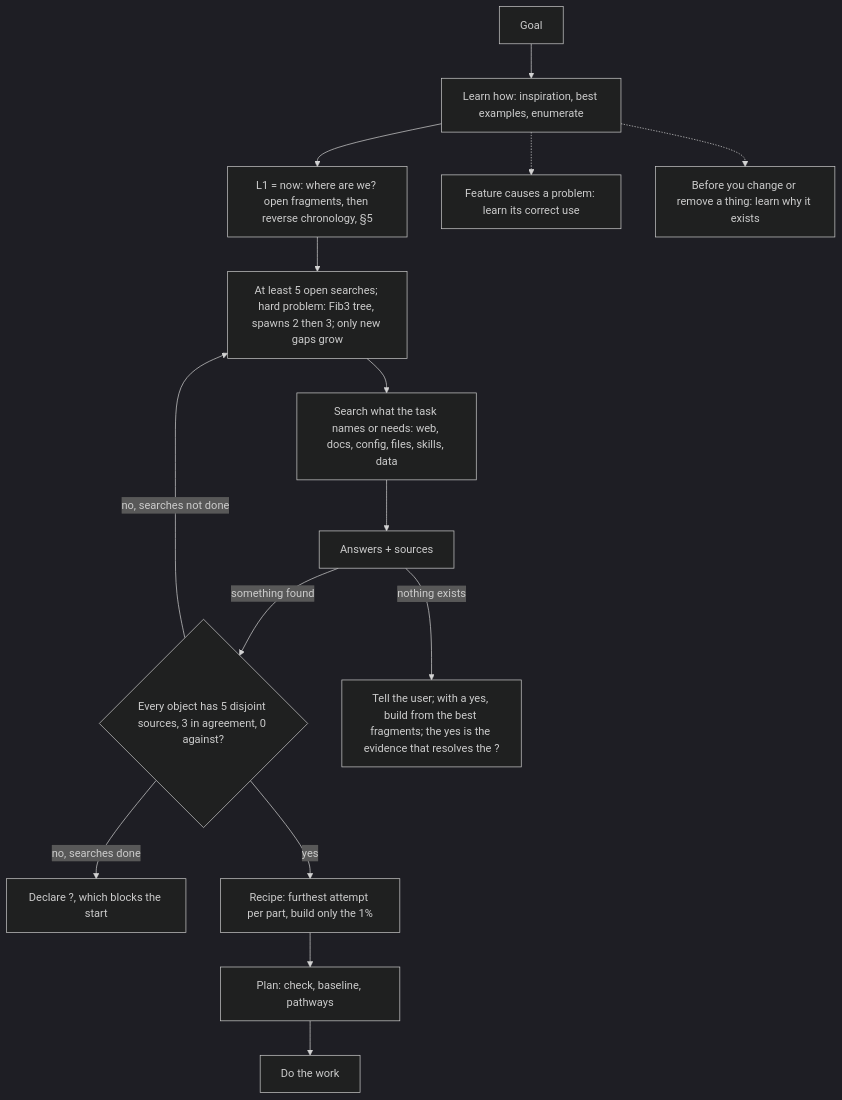
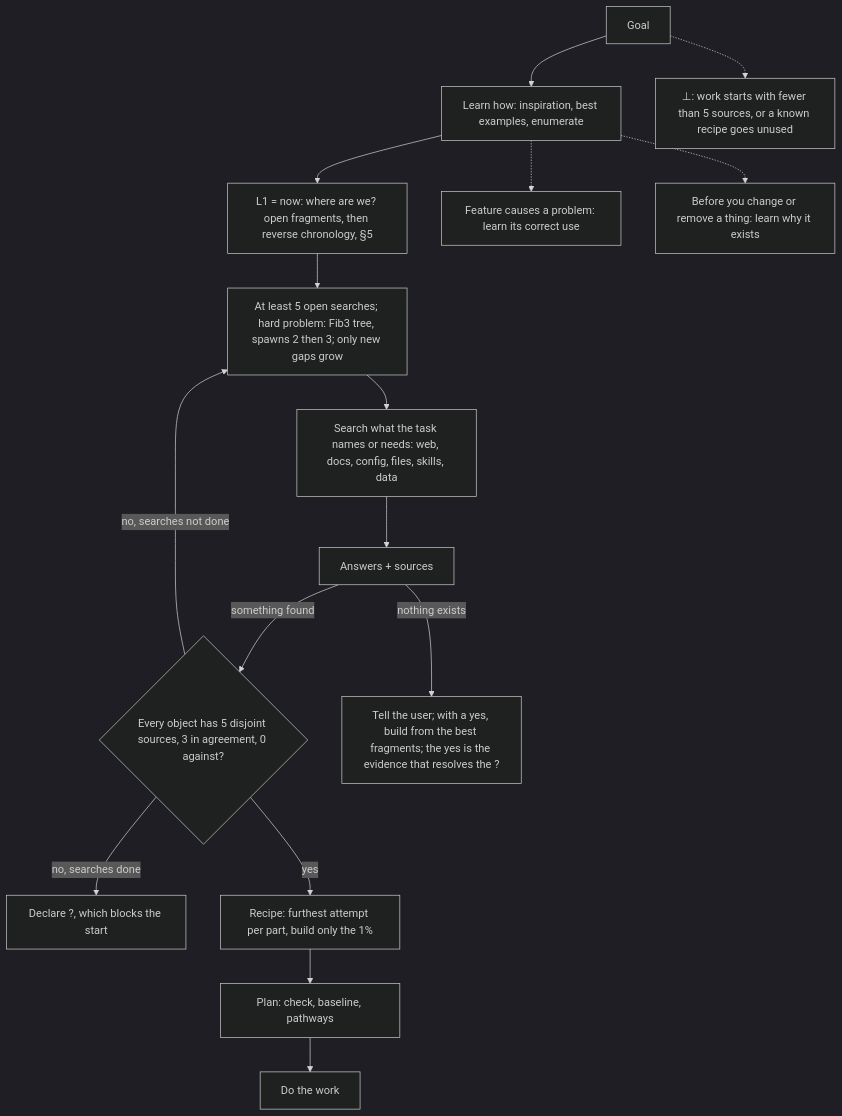
The fourth of 14 diagrams in AGENTS.md (SolenixAI/arbiter), drawn with Mermaid (dark theme) before and after one commit. The commit also changed other lines of this file, not shown here.

````diff
--- a/AGENTS.md
+++ b/AGENTS.md
@@ -207,11 +219,12 @@
 ```mermaid
 flowchart TD
   G[Goal] --> L[Learn how: inspiration, best examples, enumerate] --> F1["L1 = now: where are we? open fragments, then reverse chronology, §5"] --> Q["At least 5 open searches; hard problem: Fib3 tree, spawns 2 then 3; only new gaps grow"] --> S[Search what the task names or needs: web, docs, config, files, skills, data]
   S --> A[Answers + sources] -->|something found| N{Every object has 5 disjoint sources, 3 in agreement, 0 against?}
   N -->|no, searches not done| Q
   N -->|no, searches done| X3["Declare ?, which blocks the start"]
   N -->|yes| R[Recipe: furthest attempt per part, build only the 1%] --> P[Plan: check, baseline, pathways] --> B[Do the work]
   A -->|nothing exists| U["Tell the user; with a yes, build from the best fragments; the yes is the evidence that resolves the ?"]
   L -.-> NB[Feature causes a problem: learn its correct use]
   L -.-> CF[Before you change or remove a thing: learn why it exists]
+  G -.-> BOT["⊥: work starts with fewer than 5 sources, or a known recipe goes unused"]
 ```
````
